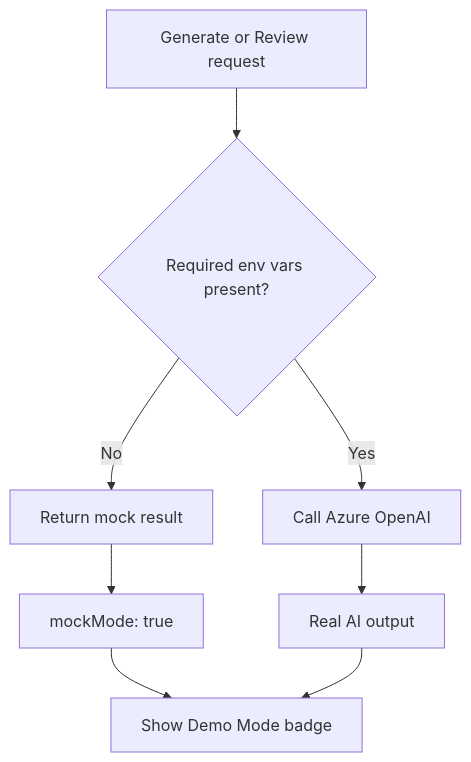
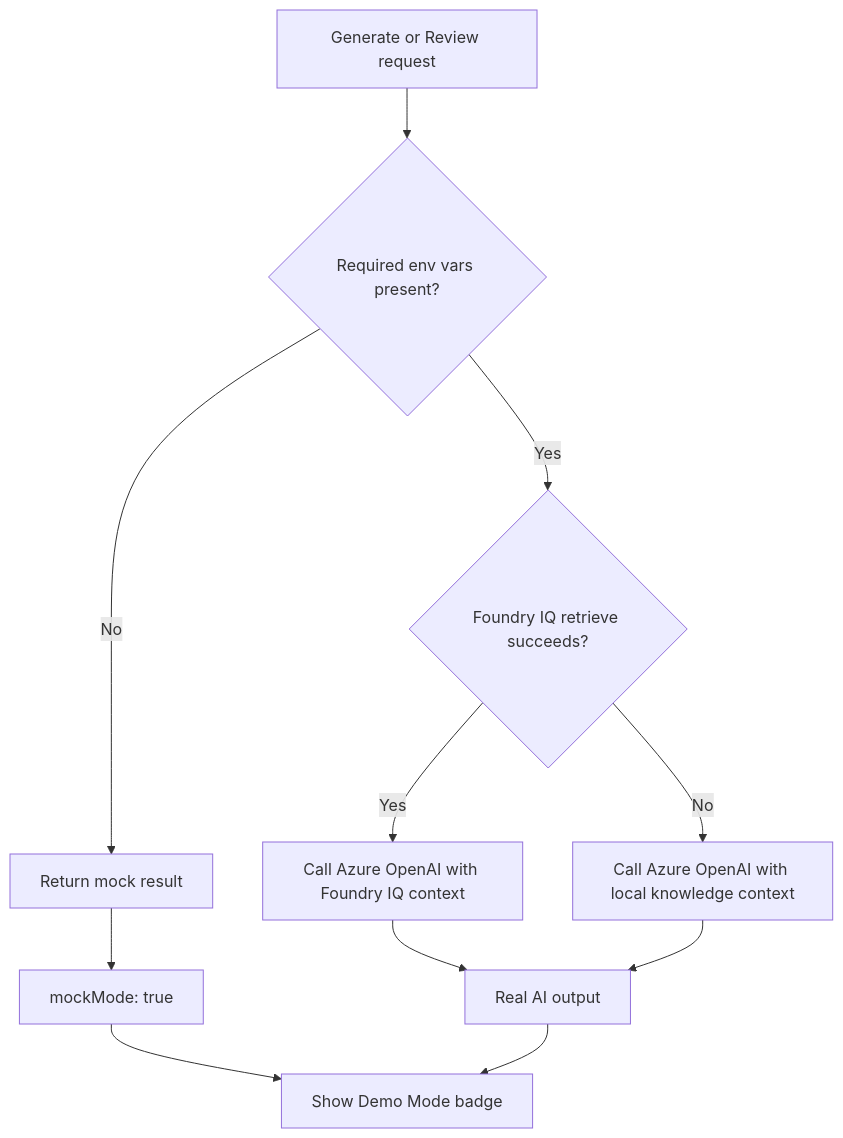
The seventh of 9 diagrams in docs/architecture.md (beretests/Power-Platform-Solution-Architect-Agent), drawn with Mermaid before and after one commit. The commit also changed other lines of this file and 24 other files, not shown here.

Commit message:
Implement Foundry IQ grounding

````diff
--- a/docs/architecture.md
+++ b/docs/architecture.md
@@ -180,10 +245,13 @@
 ```mermaid
 flowchart TD
     Request[Generate or Review request] --> Env{Required env vars present?}
-    Env -->|Yes| Azure[Call Azure OpenAI]
+    Env -->|Yes| Grounding{Foundry IQ retrieve succeeds?}
     Env -->|No| Mock[Return mock result]
+    Grounding -->|Yes| Azure[Call Azure OpenAI with Foundry IQ context]
+    Grounding -->|No| Local[Call Azure OpenAI with local knowledge context]
     Mock --> MockMode[mockMode: true]
     MockMode --> UI[Show Demo Mode badge]
     Azure --> RealResult[Real AI output]
+    Local --> RealResult
     RealResult --> UI
 ```
````
